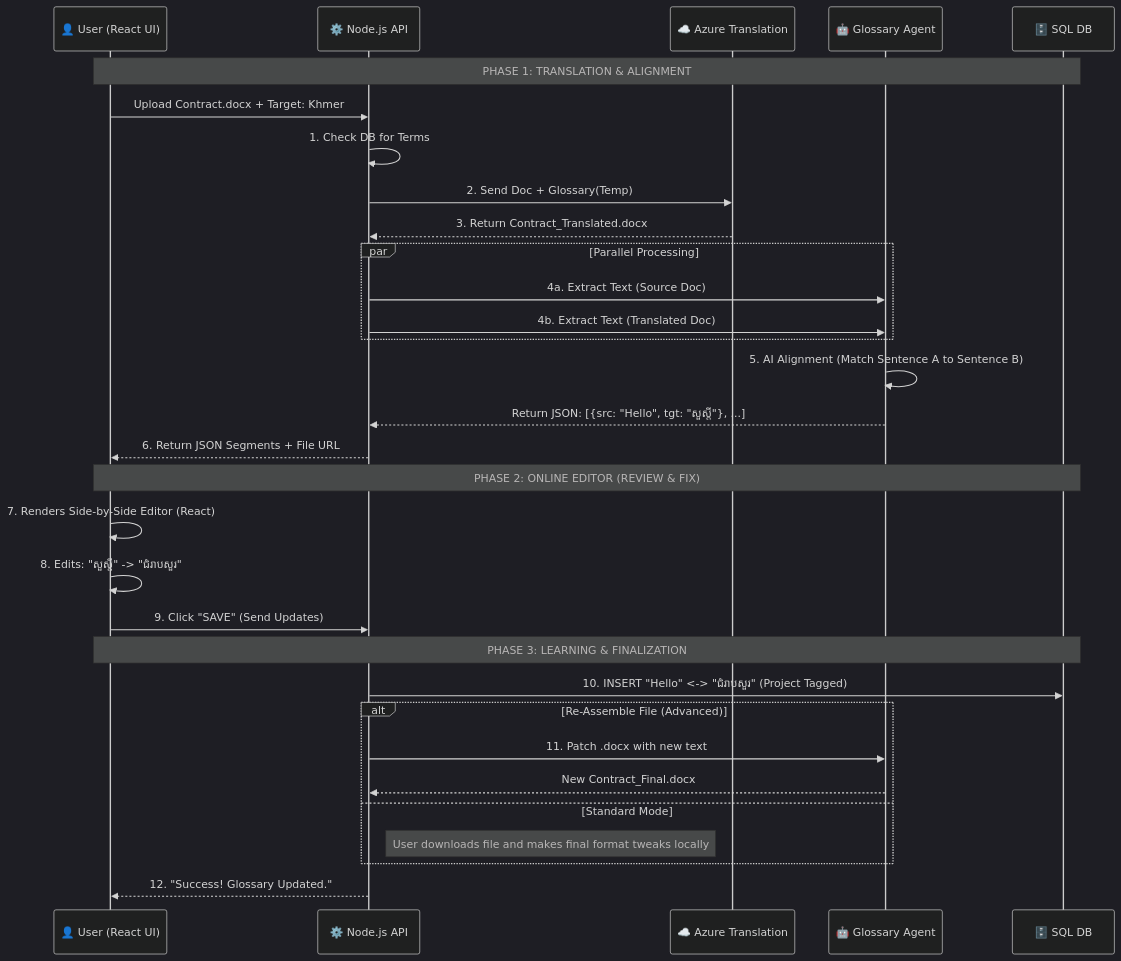
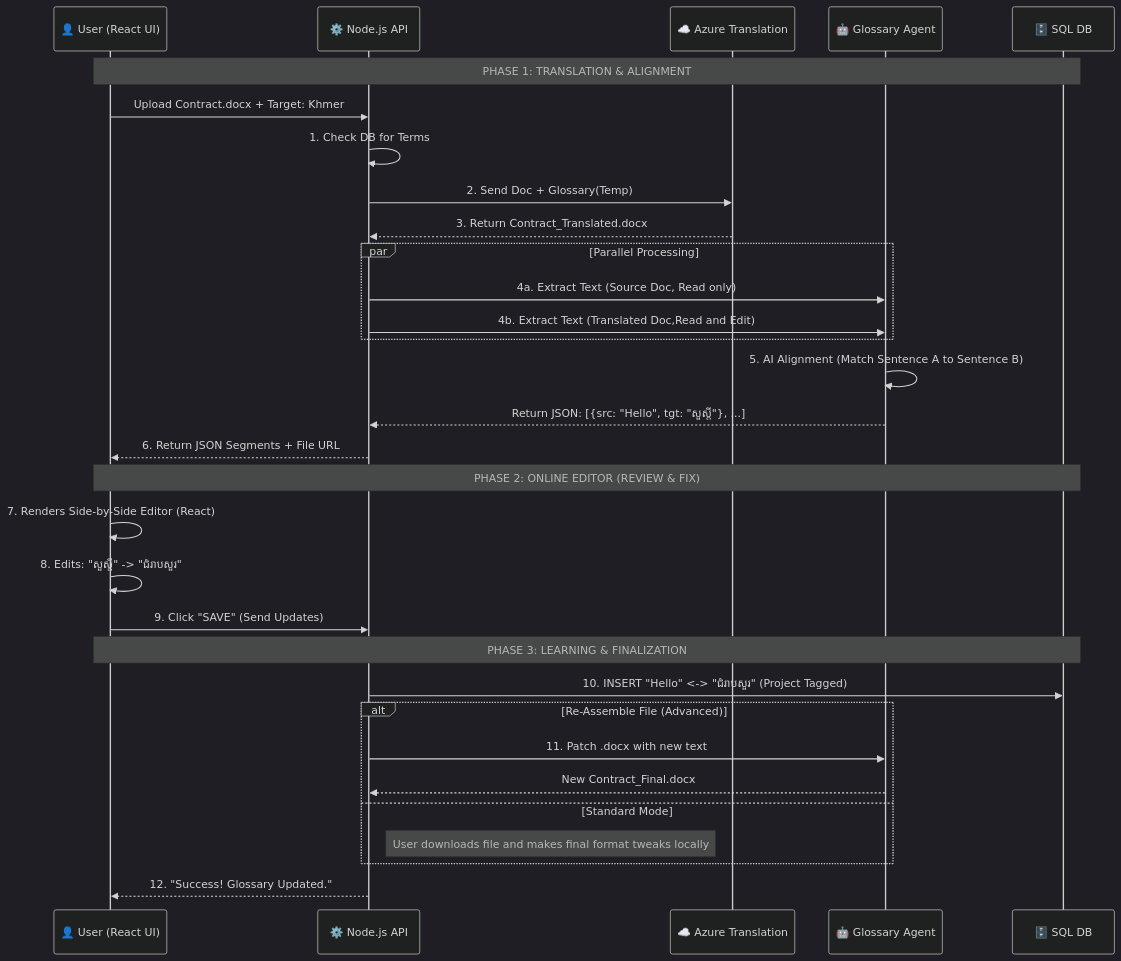
One commit to dilanlakmal/YQMS-V0.1 changed the diagram in ai_agent_docs_guide/doc_translation_online_editor.md. Above: the diagram before and after it, drawn with Mermaid (dark theme). The commit also changed other lines of this file, not shown here.

Commit message:
glossary agent update for online editor

````diff
--- a/ai_agent_docs_guide/doc_translation_online_editor.md
+++ b/ai_agent_docs_guide/doc_translation_online_editor.md
@@ -10,41 +10,41 @@
 ```mermaid
 sequenceDiagram
     participant User as 👤 User (React UI)
     participant API as ⚙️ Node.js API
     participant Azure as ☁️ Azure Translation
     participant Agent as 🤖 Glossary Agent
     participant DB as 🗄️ SQL DB
 
     Note over User, DB: PHASE 1: TRANSLATION & ALIGNMENT
     User->>API: Upload Contract.docx + Target: Khmer
     API->>API: 1. Check DB for Terms
     API->>Azure: 2. Send Doc + Glossary(Temp)
     Azure-->>API: 3. Return Contract_Translated.docx
     
     par Parallel Processing
-        API->>Agent: 4a. Extract Text (Source Doc)
-        API->>Agent: 4b. Extract Text (Translated Doc)
+        API->>Agent: 4a. Extract Text (Source Doc, Read only)
+        API->>Agent: 4b. Extract Text (Translated Doc,Read and Edit)
     end
     
     Agent->>Agent: 5. AI Alignment (Match Sentence A to Sentence B)
     Agent-->>API: Return JSON: [{src: "Hello", tgt: "សួស្តី"}, ...]
     
     API-->>User: 6. Return JSON Segments + File URL
 
     Note over User, DB: PHASE 2: ONLINE EDITOR (REVIEW & FIX)
     User->>User: 7. Renders Side-by-Side Editor (React)
     User->>User: 8. Edits: "សួស្តី" -> "ជំរាបសួរ"
     User->>API: 9. Click "SAVE" (Send Updates)
 
     Note over User, DB: PHASE 3: LEARNING & FINALIZATION
     API->>DB: 10. INSERT "Hello" <-> "ជំរាបសួរ" (Project Tagged)
     
     alt Re-Assemble File (Advanced)
         API->>Agent: 11. Patch .docx with new text
         Agent-->>API: New Contract_Final.docx
     else Standard Mode
         Note right of API: User downloads file and makes final format tweaks locally
     end
     
     API-->>User: 12. "Success! Glossary Updated."
 ```
````
